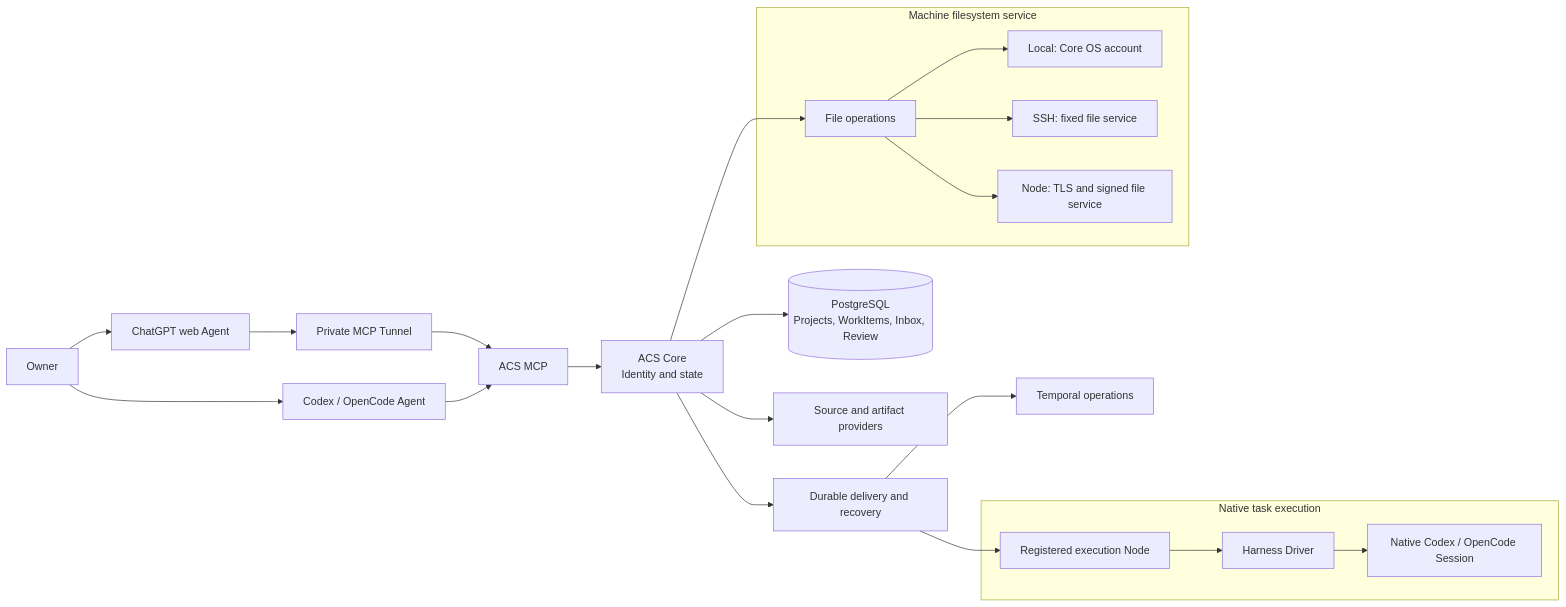
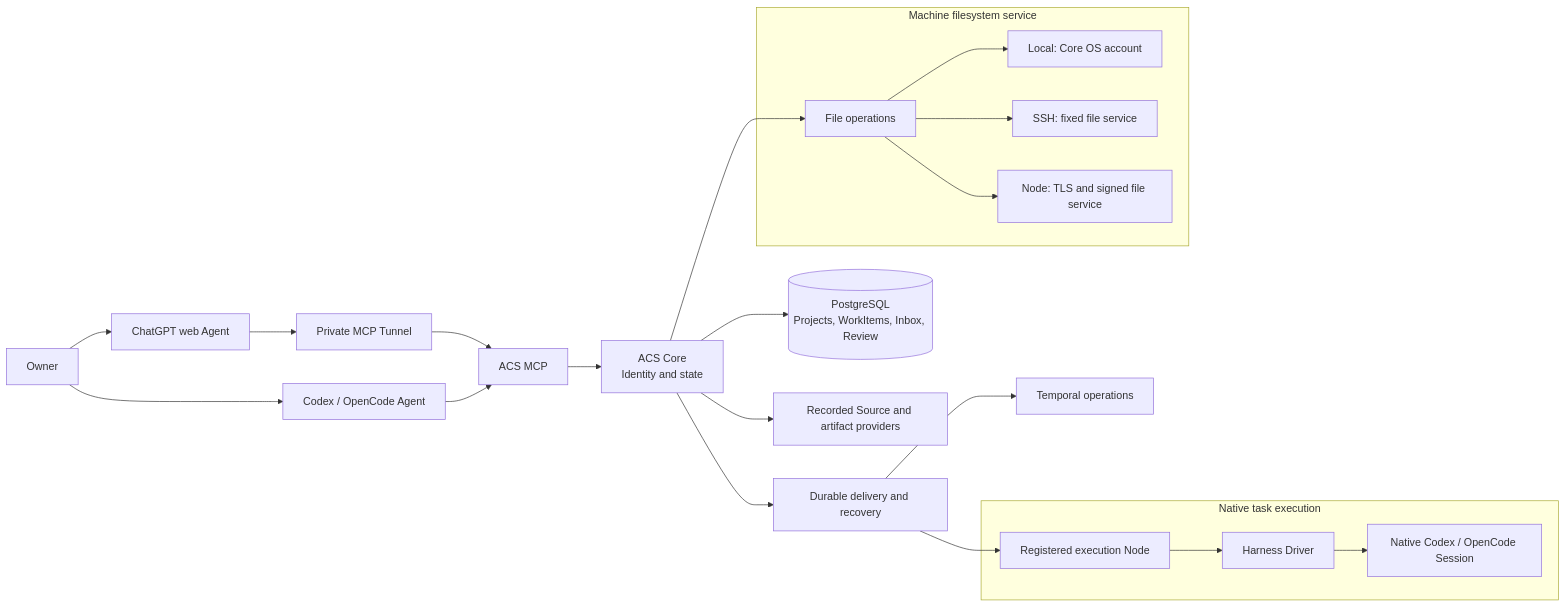
One commit to D1ChangGeng/Agent-collaboration changed the second of 3 diagrams in README.md. Above: the diagram before and after it, drawn with Mermaid. The commit also changed other lines of this file and 43 other files, not shown here.

````diff
--- a/README.md
+++ b/README.md
@@ -216,24 +226,24 @@
 ```mermaid
 flowchart LR
     U[Owner] --> H[Codex / OpenCode Agent]
     U --> W[ChatGPT web Agent]
     W --> T[Private MCP Tunnel]
     T --> M[ACS MCP]
     H --> M
     M --> D[ACS Core<br/>Identity and state]
     D --> P[(PostgreSQL<br/>Projects, WorkItems, Inbox, Review)]
     D --> O[Durable delivery and recovery]
     O --> Q[Temporal operations]
     subgraph E[Native task execution]
         N[Registered execution Node] --> HD[Harness Driver]
         HD --> NS[Native Codex / OpenCode Session]
     end
     O --> N
     subgraph F[Machine filesystem service]
         FS[File operations] --> L[Local: Core OS account]
         FS --> SSH[SSH: fixed file service]
         FS --> NF[Node: TLS and signed file service]
     end
     D --> FS
-    D --> S[Source and artifact providers]
+    D --> S[Recorded Source and artifact providers]
 ```
````
